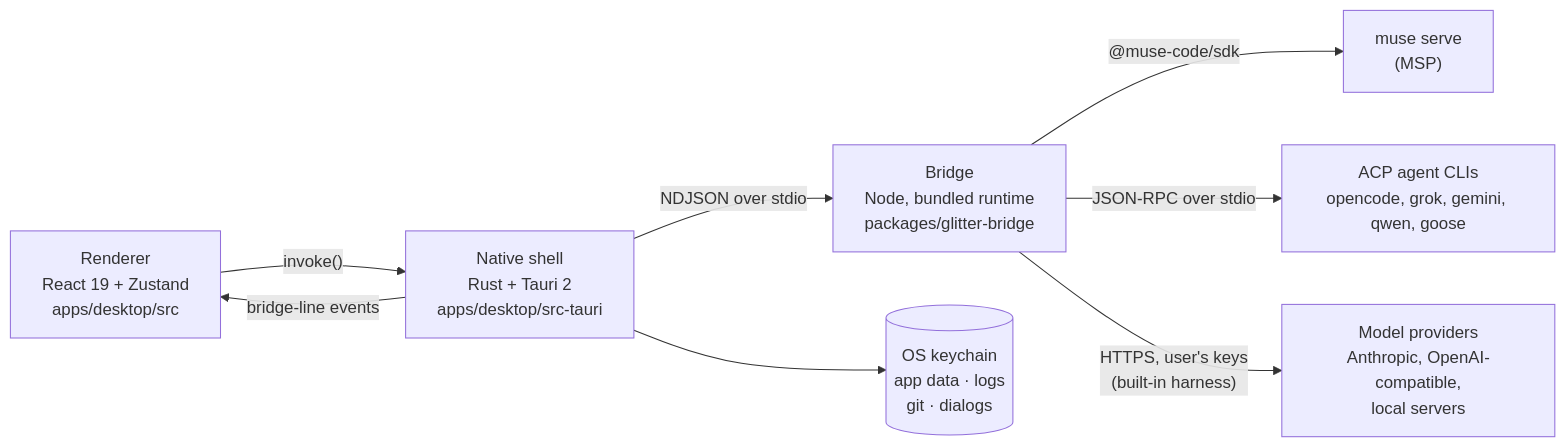
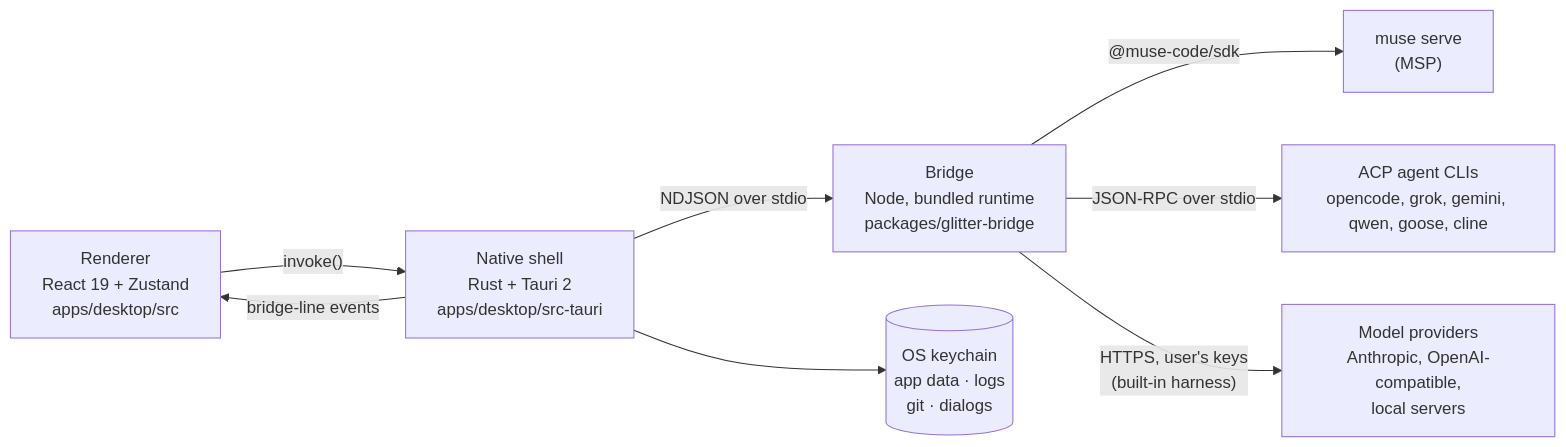
One commit to srikantmehra57/Glitter changed the diagram in docs/ARCHITECTURE.md. Above: the diagram before and after it, drawn with Mermaid. The commit also changed 36 other files, not shown here.

````diff
--- a/docs/ARCHITECTURE.md
+++ b/docs/ARCHITECTURE.md
@@ -15,18 +15,18 @@
 ```mermaid
 flowchart LR
   UI["Renderer<br/>React 19 + Zustand<br/>apps/desktop/src"]
   Shell["Native shell<br/>Rust + Tauri 2<br/>apps/desktop/src-tauri"]
   Bridge["Bridge<br/>Node, bundled runtime<br/>packages/glitter-bridge"]
   Muse["muse serve<br/>(MSP)"]
-  ACP["ACP agent CLIs<br/>opencode, grok, gemini, qwen, goose"]
+  ACP["ACP agent CLIs<br/>opencode, grok, gemini, qwen, goose, cline"]
   Providers["Model providers<br/>Anthropic, OpenAI-compatible,<br/>local servers"]
   OS[("OS keychain<br/>app data · logs<br/>git · dialogs")]
 
   UI -- "invoke()" --> Shell
   Shell -- "bridge-line events" --> UI
   Shell -- "NDJSON over stdio" --> Bridge
   Bridge -- "@muse-code/sdk" --> Muse
   Bridge -- "JSON-RPC over stdio" --> ACP
   Bridge -- "HTTPS, user's keys<br/>(built-in harness)" --> Providers
   Shell --> OS
 ```
````
